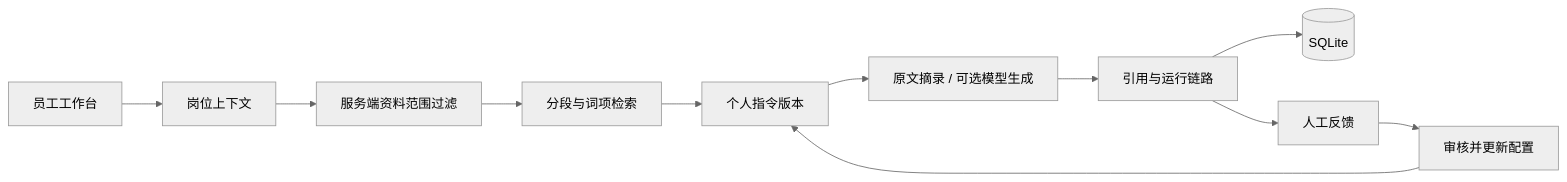
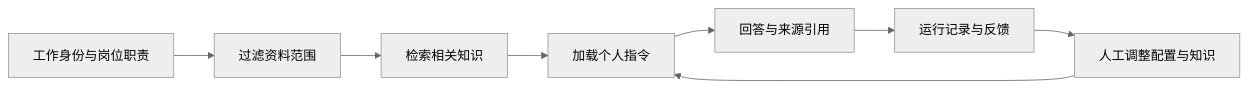
One commit to Sy-SUNY/workloom changed the diagram in README.md. Above: the diagram before and after it, drawn with Mermaid (neutral theme). The commit also changed other lines of this file and 5 other files, not shown here.

````diff
--- a/README.md
+++ b/README.md
@@ -67,13 +96,10 @@
 ```mermaid
 flowchart LR
-    U[员工工作台] --> R[岗位上下文]
-    R --> ACL[服务端资料范围过滤]
-    ACL --> K[分段与词项检索]
-    K --> P[个人指令版本]
-    P --> O[原文摘录 / 可选模型生成]
-    O --> C[引用与运行链路]
-    C --> D[(SQLite)]
-    C --> F[人工反馈]
-    F --> V[审核并更新配置]
-    V --> P
+    A[工作身份与岗位职责] --> B[过滤资料范围]
+    B --> C[检索相关知识]
+    C --> D[加载个人指令]
+    D --> E[回答与来源引用]
+    E --> F[运行记录与反馈]
+    F --> G[人工调整配置与知识]
+    G --> D
 ```
````
